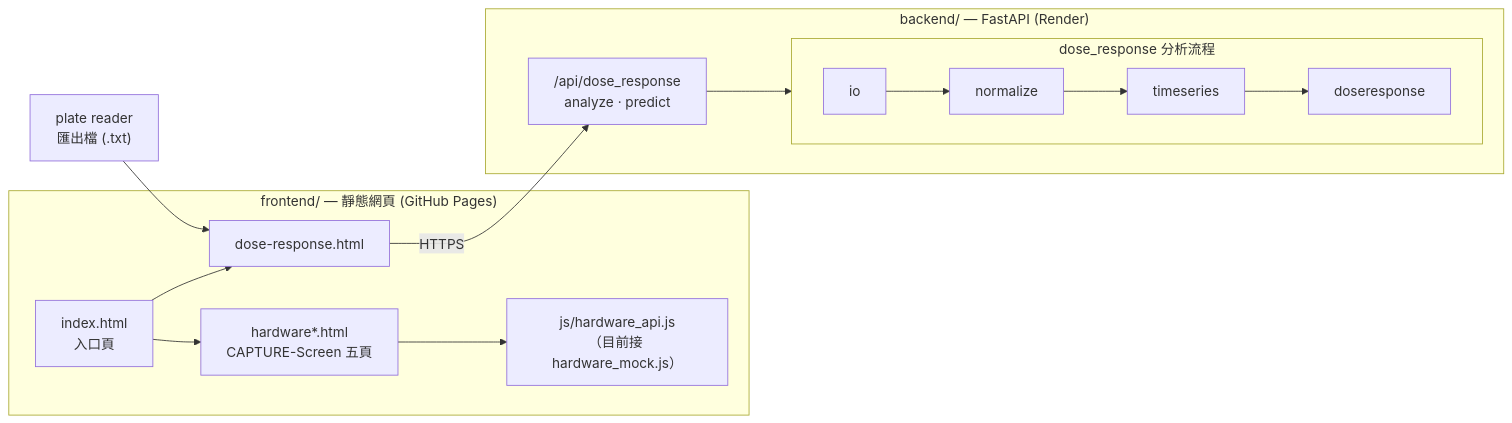
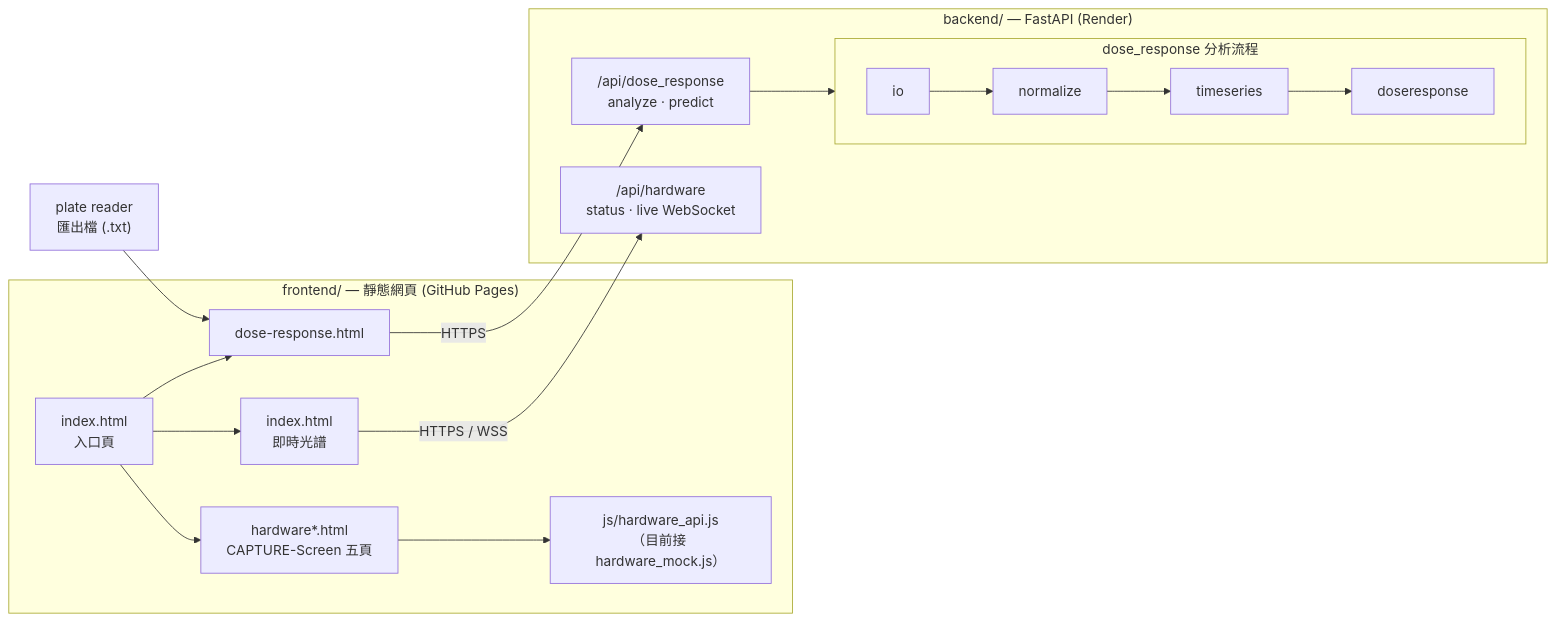
The diagram in README.md (igem-ncku-software/igem-software), drawn with Mermaid before and after one commit. The commit also changed other lines of this file and 20 other files, not shown here.

````diff
--- a/README.md
+++ b/README.md
@@ -14,26 +14,30 @@
 ```mermaid
 flowchart LR
     FILE["plate reader<br/>匯出檔 (.txt)"]
 
     subgraph FE["frontend/ — 靜態網頁 (GitHub Pages)"]
         IDX["index.html<br/>入口頁"]
         DR["dose-response.html"]
         HW["hardware*.html<br/>CAPTURE-Screen 五頁"]
         MOCK["js/hardware_api.js<br/>（目前接 hardware_mock.js）"]
+        LIVE["index.html<br/>即時光譜"]
         IDX --> DR
         IDX --> HW
+        IDX --> LIVE
         HW --> MOCK
     end
 
     subgraph BE["backend/ — FastAPI (Render)"]
         RT1["/api/dose_response<br/>analyze · predict"]
+        RT2["/api/hardware<br/>status · live WebSocket"]
         subgraph PIPE["dose_response 分析流程"]
             direction LR
             IO["io"] --> NRM["normalize"] --> TS["timeseries"] --> DRS["doseresponse"]
         end
         RT1 --> PIPE
     end
 
     FILE --> DR
     DR -->|HTTPS| RT1
+    LIVE -->|HTTPS / WSS| RT2
 ```
````
